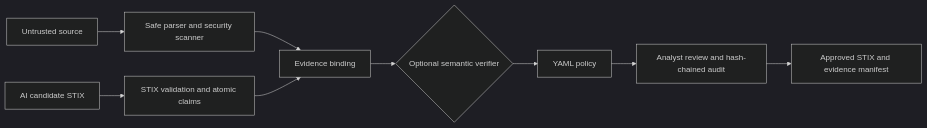
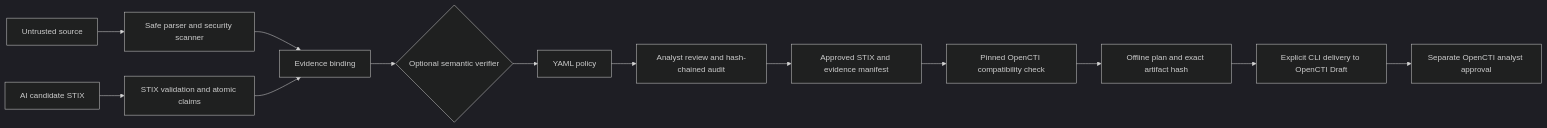
The diagram in README.md (ag2020sa/cti-ai-trust-gateway), drawn with Mermaid (dark theme) before and after one commit. The commit also changed other lines of this file and 48 other files, not shown here.

First line of the commit message:
feat: add approved-only OpenCTI Draft delivery

````diff
--- a/README.md
+++ b/README.md
@@ -58,11 +69,15 @@
 ```mermaid
 flowchart LR
   A[Untrusted source] --> B[Safe parser and security scanner]
   C[AI candidate STIX] --> D[STIX validation and atomic claims]
   B --> E[Evidence binding]
   D --> E
   E --> F{Optional semantic verifier}
   F --> G[YAML policy]
   G --> H[Analyst review and hash-chained audit]
   H --> I[Approved STIX and evidence manifest]
+  I --> J[Pinned OpenCTI compatibility check]
+  J --> K[Offline plan and exact artifact hash]
+  K --> L[Explicit CLI delivery to OpenCTI Draft]
+  L --> M[Separate OpenCTI analyst approval]
 ```
````
